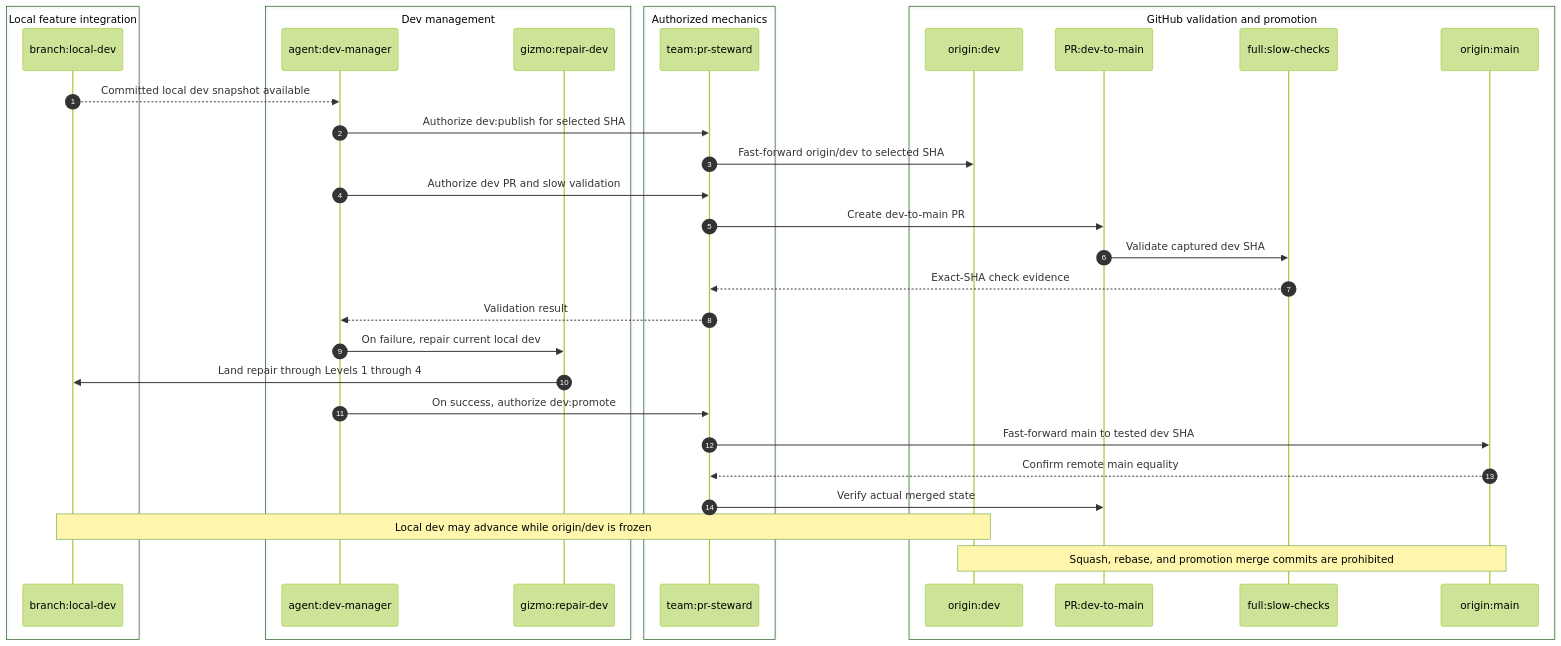
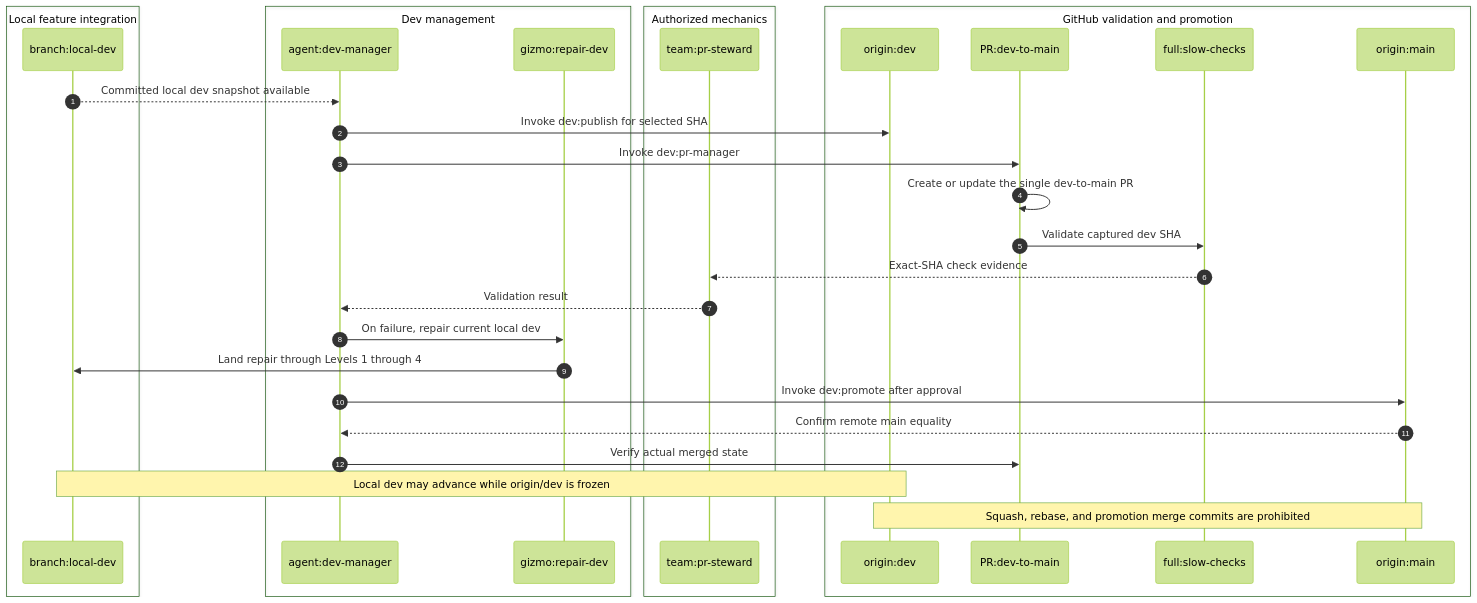
One commit to meta-secret/nook changed diagram 11 of 11 in .cortex/gizmo/architecture/multiagent-delivery-diagrams.md. Above: the diagram before and after it, drawn with Mermaid (forest theme). The commit also changed other lines of this file and 50 other files, not shown here.

````diff
--- a/.cortex/gizmo/architecture/multiagent-delivery-diagrams.md
+++ b/.cortex/gizmo/architecture/multiagent-delivery-diagrams.md
@@ -301,44 +301,42 @@
 ```mermaid
 sequenceDiagram
     autonumber
 
     box Local feature integration
         participant Dev as branch:local-dev
     end
 
     box Dev management
         participant Manager as agent:dev-manager
         participant Repair as gizmo:repair-dev
     end
 
     box Authorized mechanics
         participant Steward as team:pr-steward
     end
 
     box GitHub validation and promotion
         participant OriginDev as origin:dev
         participant PR as PR:dev-to-main
         participant CI as full:slow-checks
         participant Main as origin:main
     end
 
     Dev-->>Manager: Committed local dev snapshot available
-    Manager->>Steward: Authorize dev:publish for selected SHA
-    Steward->>OriginDev: Fast-forward origin/dev to selected SHA
-    Manager->>Steward: Authorize dev PR and slow validation
-    Steward->>PR: Create dev-to-main PR
+    Manager->>OriginDev: Invoke dev:publish for selected SHA
+    Manager->>PR: Invoke dev:pr-manager
+    PR->>PR: Create or update the single dev-to-main PR
     PR->>CI: Validate captured dev SHA
     CI-->>Steward: Exact-SHA check evidence
     Steward-->>Manager: Validation result
 
     Manager->>Repair: On failure, repair current local dev
     Repair->>Dev: Land repair through Levels 1 through 4
 
-    Manager->>Steward: On success, authorize dev:promote
-    Steward->>Main: Fast-forward main to tested dev SHA
-    Main-->>Steward: Confirm remote main equality
-    Steward->>PR: Verify actual merged state
+    Manager->>Main: Invoke dev:promote after approval
+    Main-->>Manager: Confirm remote main equality
+    Manager->>PR: Verify actual merged state
 
     Note over Dev,OriginDev: Local dev may advance while origin/dev is frozen
     Note over OriginDev,Main: Squash, rebase, and promotion merge commits are prohibited
 ```
````
